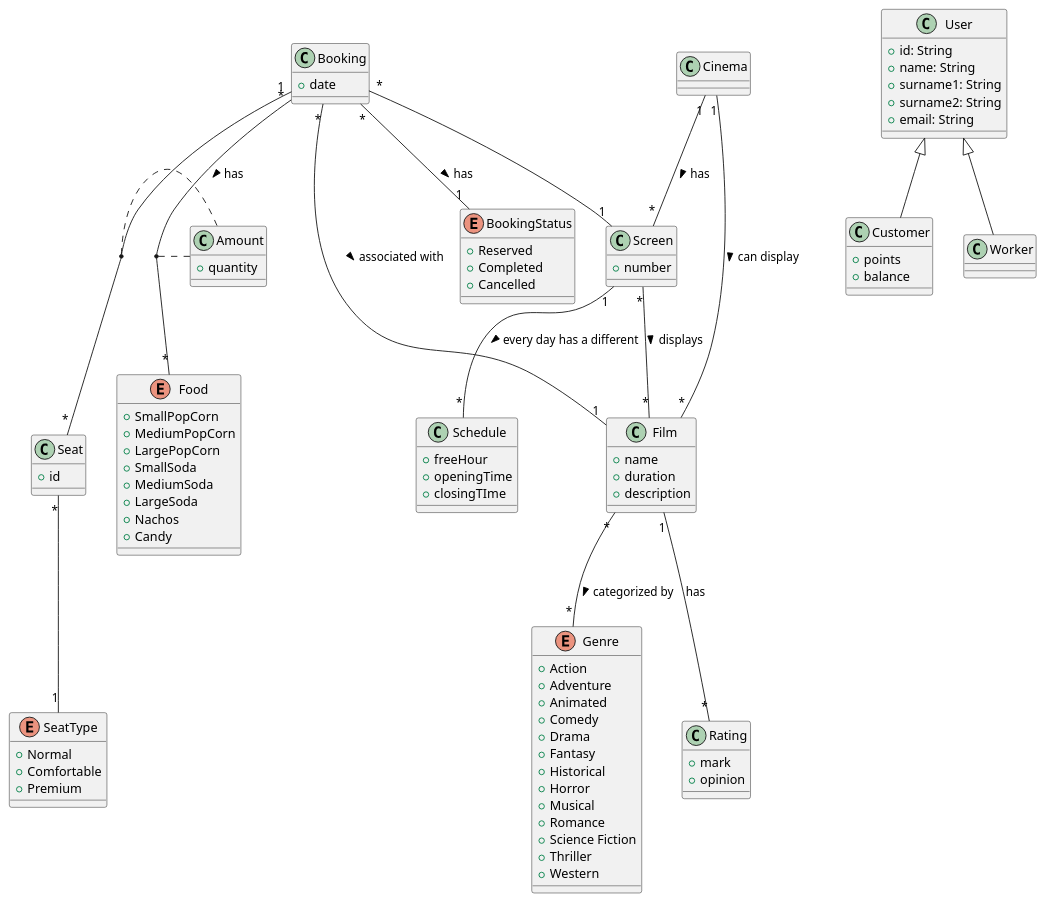
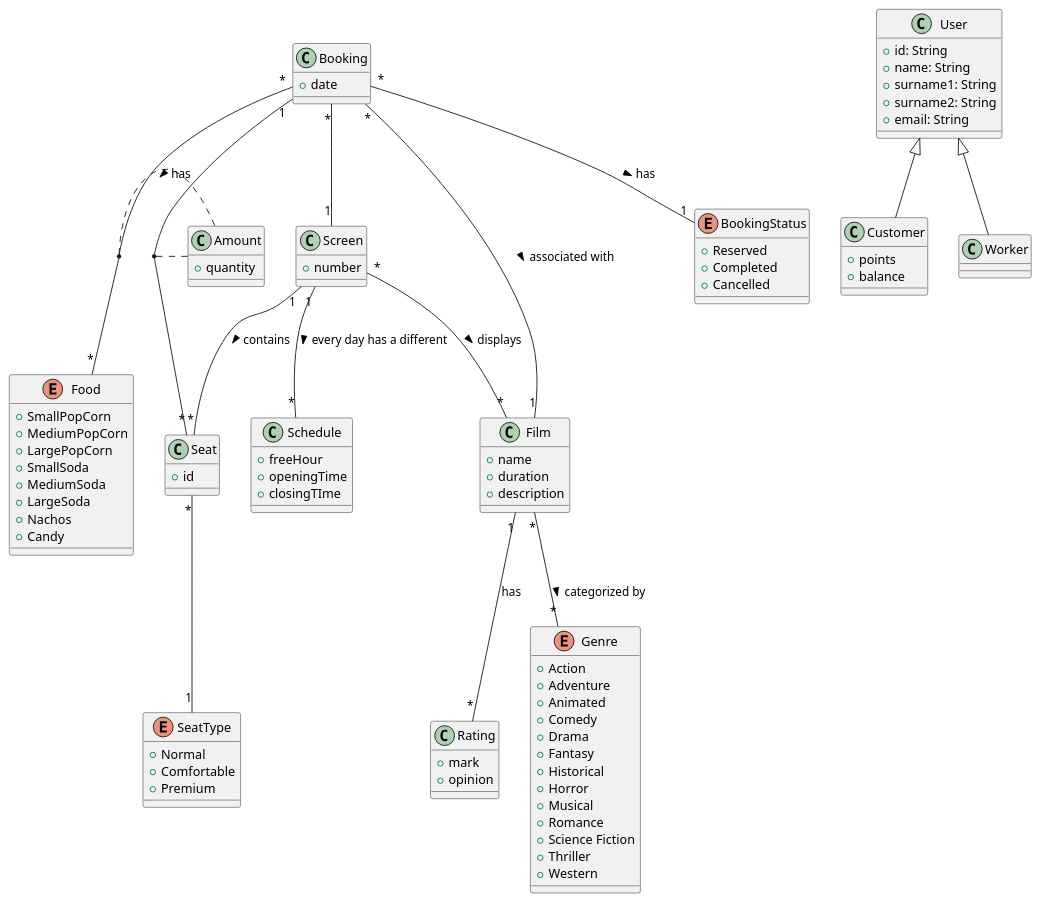
Before and after one commit to BenatErzibengoa/Cinema-app: the diagram in DomainModel(Uncompleted Draft).puml, drawn with PlantUML.

Commit message:
Cinema class removed and relation added
Cinema class only made sense just if we wanted to manage different cinemas from the same company. But our objective is to manage a single cinema, so I don't think it is necessary. If in the future we need that class we will need to implement it using singleton pattern.

Relation between Screen and Seat has been added.

```diff
--- a/DomainModel(Uncompleted Draft).puml
+++ b/DomainModel(Uncompleted Draft).puml
@@ -2,123 +2,118 @@
 @startuml
 class User{
-  +id: String 
+  +id: String
   +name: String
   +surname1: String
   +surname2: String
   +email: String
 
 }
 
 class Customer{
   +points
   +balance
 }
 
 class Worker{
 }
 
 class Booking{
   +date
 }
 
 
 class Amount{
   +quantity
-}
-
-class Cinema{
-
 }
 
 class Screen{
   +number
 }
 
 class Schedule{
   +freeHour
   +openingTime
   +closingTIme
 }
 
 class Film{
   +name
   +duration
   +description
 }
 
 class Rating{
   +mark
   +opinion
 }
 
 class Seat{
   +id
 }
 
 
 enum Genre{
   +Action
   +Adventure
   +Animated
   +Comedy
   +Drama
   +Fantasy
   +Historical
   +Horror
   +Musical
   +Romance
   +Science Fiction
   +Thriller
   +Western
 }
 
 enum BookingStatus{
   +Reserved
   +Completed
   +Cancelled
 }
 
 enum Food{
   +SmallPopCorn
   +MediumPopCorn
   +LargePopCorn
   +SmallSoda
   +MediumSoda
   +LargeSoda
   +Nachos
   +Candy
 }
 
 enum SeatType{
   +Normal
   +Comfortable
   +Premium
 }
 
 
 User <|-- Customer
 User <|-- Worker
 
-Cinema "1" -- "*" Screen: has >
-Cinema "1" -- "*" Film: can display >
 
 Screen "*" -- "*" Film: displays >
 Screen "1" -- "*" Schedule: every day has a different >
+Screen "1" -- "*" Seat: contains >
 
 Seat "*" -- "1" SeatType
 
 Film "1" -- "*" Rating: has
 Film "*" -- "*" Genre : categorized by >
 
 
 Booking "*" -- "1" Film: associated with >
 Booking "*" -- "1" BookingStatus : has >
 Booking "*" -- "1" Screen
 Booking "1" -- "*" Seat
 Booking "*" -- "*" Food: has >
 (Booking, Food) .. Amount
 (Booking, Seat) .. Amount
 
 
 
 @enduml
```
